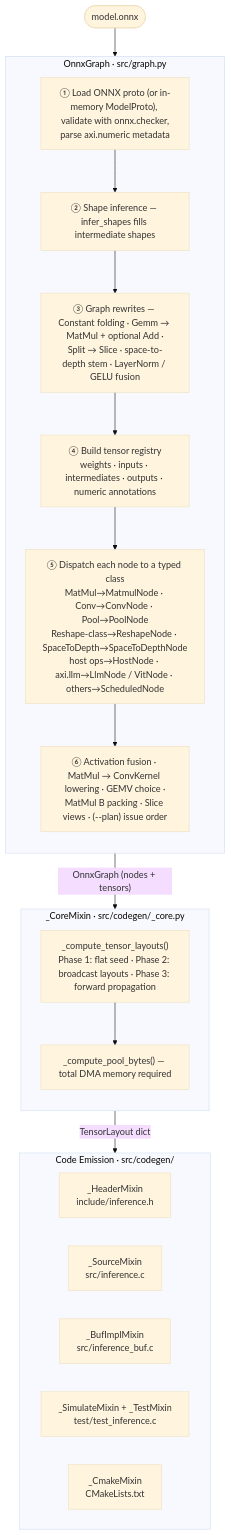
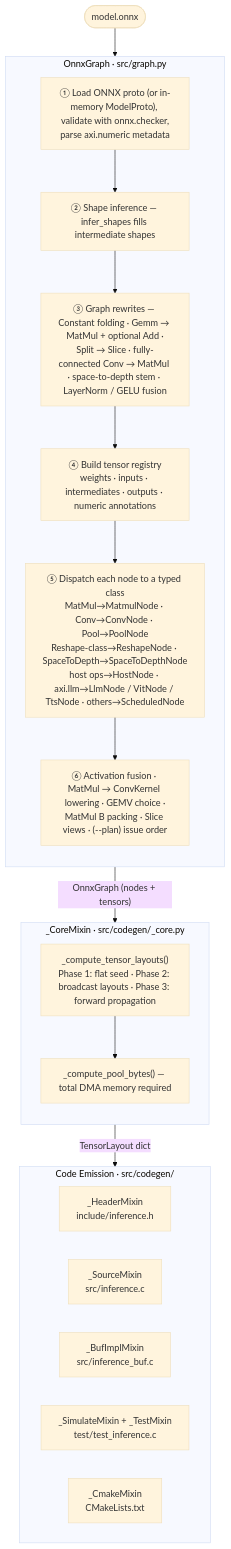
One commit to phoenix367/cormorant changed the first of 6 diagrams in inference-scheduler/doc/ARCHITECTURE.md. Above: the diagram before and after it, drawn with Mermaid (base theme). The commit also changed other lines of this file and 43 other files, not shown here.

````diff
--- a/inference-scheduler/doc/ARCHITECTURE.md
+++ b/inference-scheduler/doc/ARCHITECTURE.md
@@ -28,35 +28,35 @@
 ```mermaid
 flowchart TD
     IN([model.onnx])
 
     subgraph GRAPH["OnnxGraph · src/graph.py"]
         direction TB
         G1["① Load ONNX proto (or in-memory ModelProto), validate with onnx.checker,\nparse axi.numeric metadata"]
         G2["② Shape inference — infer_shapes fills intermediate shapes"]
-        G3["③ Graph rewrites — Constant folding · Gemm → MatMul + optional Add ·\nSplit → Slice · space-to-depth stem · LayerNorm / GELU fusion"]
+        G3["③ Graph rewrites — Constant folding · Gemm → MatMul + optional Add ·\nSplit → Slice · fully-connected Conv → MatMul · space-to-depth stem · LayerNorm / GELU fusion"]
         G4["④ Build tensor registry\nweights · inputs · intermediates · outputs · numeric annotations"]
-        G5["⑤ Dispatch each node to a typed class\nMatMul→MatmulNode · Conv→ConvNode · Pool→PoolNode\nReshape-class→ReshapeNode · SpaceToDepth→SpaceToDepthNode\nhost ops→HostNode · axi.llm→LlmNode / VitNode · others→ScheduledNode"]
+        G5["⑤ Dispatch each node to a typed class\nMatMul→MatmulNode · Conv→ConvNode · Pool→PoolNode\nReshape-class→ReshapeNode · SpaceToDepth→SpaceToDepthNode\nhost ops→HostNode · axi.llm→LlmNode / VitNode / TtsNode · others→ScheduledNode"]
         G6["⑥ Activation fusion · MatMul → ConvKernel lowering · GEMV choice ·\nMatMul B packing · Slice views · (--plan) issue order"]
         G1 --> G2 --> G3 --> G4 --> G5 --> G6
     end
 
     subgraph CORE["_CoreMixin · src/codegen/_core.py"]
         direction TB
         C1["_compute_tensor_layouts()\nPhase 1: flat seed · Phase 2: broadcast layouts · Phase 3: forward propagation"]
         C2["_compute_pool_bytes() — total DMA memory required"]
         C1 --> C2
     end
 
     subgraph EMIT["Code Emission · src/codegen/"]
         direction LR
         H["_HeaderMixin\ninclude/inference.h"]
         S["_SourceMixin\nsrc/inference.c"]
         B["_BufImplMixin\nsrc/inference_buf.c"]
         T["_SimulateMixin + _TestMixin\ntest/test_inference.c"]
         CM["_CmakeMixin\nCMakeLists.txt"]
     end
 
     IN --> GRAPH
     GRAPH -- "OnnxGraph (nodes + tensors)" --> CORE
     CORE -- "TensorLayout dict" --> EMIT
 ```
````
